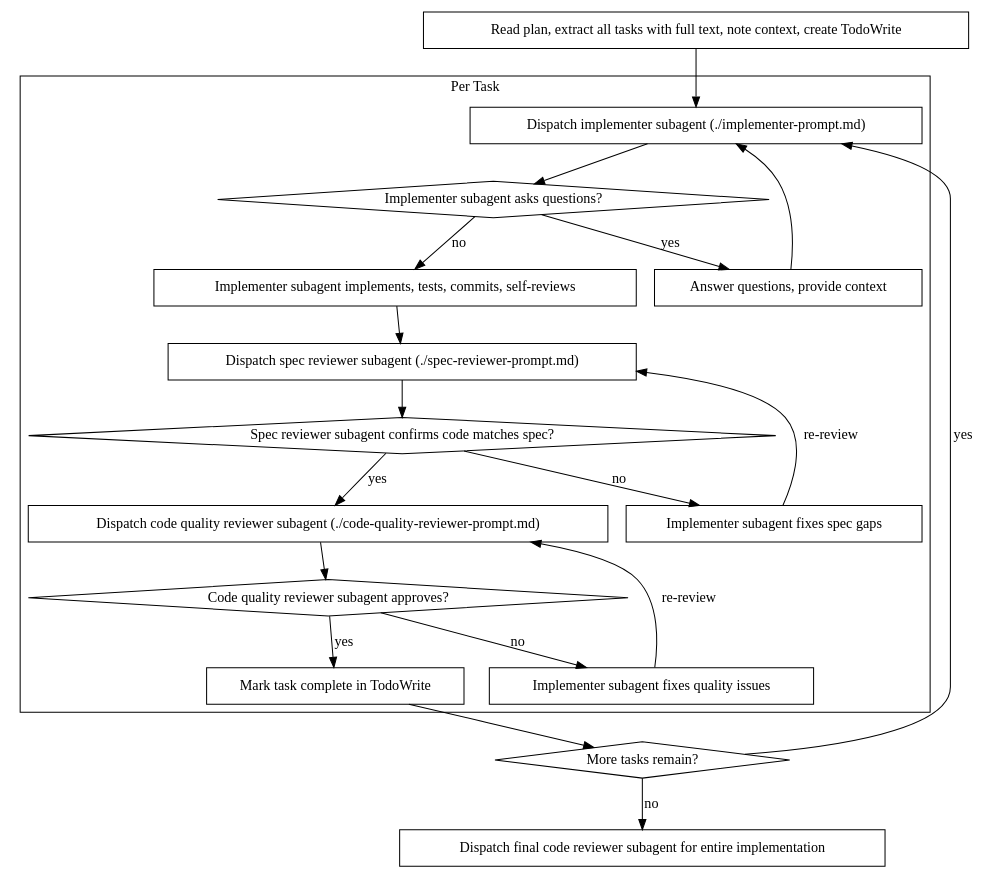
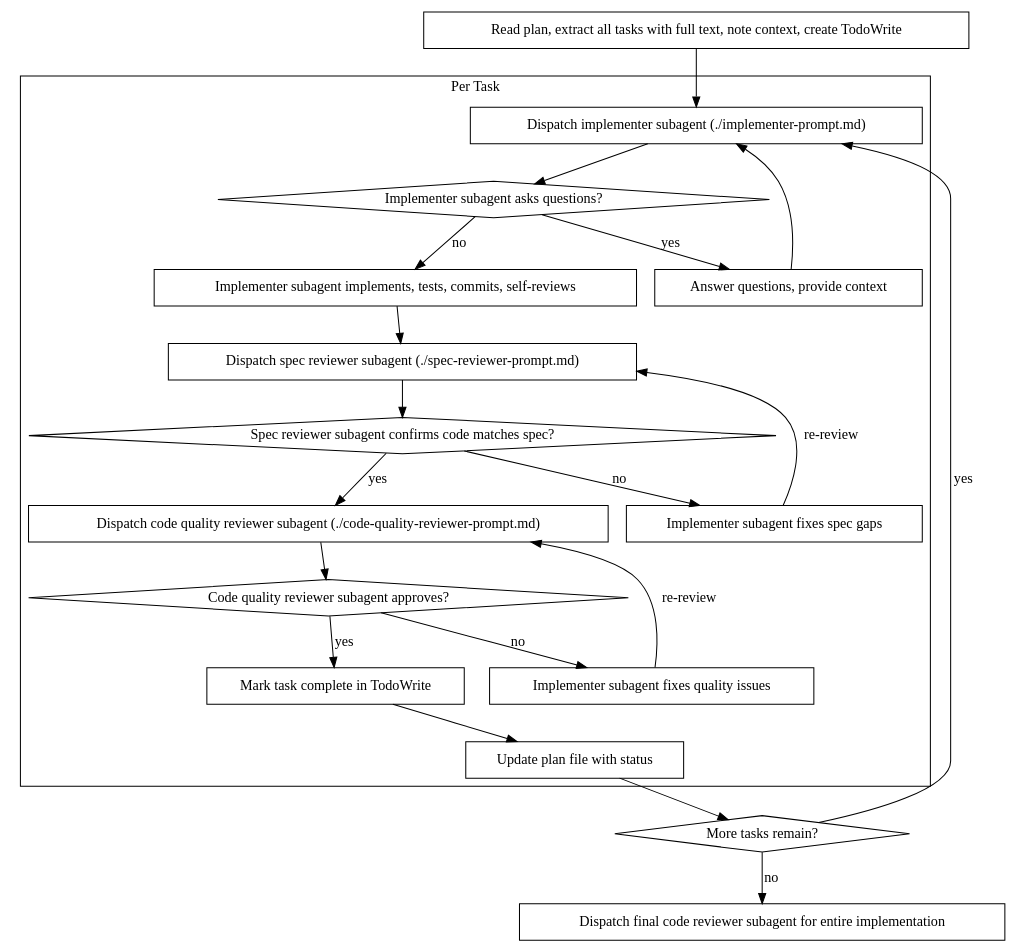
Before and after one commit to nagyv/superpowers: the second of 2 diagrams in skills/subagent-driven-development/SKILL.md, drawn with Graphviz.

Commit message:
Add "Update plan document with status" step

````diff
--- a/skills/subagent-driven-development/SKILL.md
+++ b/skills/subagent-driven-development/SKILL.md
@@ -40,42 +40,44 @@
 ```dot
 digraph process {
     rankdir=TB;
 
     subgraph cluster_per_task {
         label="Per Task";
         "Dispatch implementer subagent (./implementer-prompt.md)" [shape=box];
         "Implementer subagent asks questions?" [shape=diamond];
         "Answer questions, provide context" [shape=box];
         "Implementer subagent implements, tests, commits, self-reviews" [shape=box];
         "Dispatch spec reviewer subagent (./spec-reviewer-prompt.md)" [shape=box];
         "Spec reviewer subagent confirms code matches spec?" [shape=diamond];
         "Implementer subagent fixes spec gaps" [shape=box];
         "Dispatch code quality reviewer subagent (./code-quality-reviewer-prompt.md)" [shape=box];
         "Code quality reviewer subagent approves?" [shape=diamond];
         "Implementer subagent fixes quality issues" [shape=box];
         "Mark task complete in TodoWrite" [shape=box];
+        "Update plan file with status" [shape=box];
     }
 
     "Read plan, extract all tasks with full text, note context, create TodoWrite" [shape=box];
     "More tasks remain?" [shape=diamond];
     "Dispatch final code reviewer subagent for entire implementation" [shape=box];
 
     "Read plan, extract all tasks with full text, note context, create TodoWrite" -> "Dispatch implementer subagent (./implementer-prompt.md)";
     "Dispatch implementer subagent (./implementer-prompt.md)" -> "Implementer subagent asks questions?";
     "Implementer subagent asks questions?" -> "Answer questions, provide context" [label="yes"];
     "Answer questions, provide context" -> "Dispatch implementer subagent (./implementer-prompt.md)";
     "Implementer subagent asks questions?" -> "Implementer subagent implements, tests, commits, self-reviews" [label="no"];
     "Implementer subagent implements, tests, commits, self-reviews" -> "Dispatch spec reviewer subagent (./spec-reviewer-prompt.md)";
     "Dispatch spec reviewer subagent (./spec-reviewer-prompt.md)" -> "Spec reviewer subagent confirms code matches spec?";
     "Spec reviewer subagent confirms code matches spec?" -> "Implementer subagent fixes spec gaps" [label="no"];
     "Implementer subagent fixes spec gaps" -> "Dispatch spec reviewer subagent (./spec-reviewer-prompt.md)" [label="re-review"];
     "Spec reviewer subagent confirms code matches spec?" -> "Dispatch code quality reviewer subagent (./code-quality-reviewer-prompt.md)" [label="yes"];
     "Dispatch code quality reviewer subagent (./code-quality-reviewer-prompt.md)" -> "Code quality reviewer subagent approves?";
     "Code quality reviewer subagent approves?" -> "Implementer subagent fixes quality issues" [label="no"];
     "Implementer subagent fixes quality issues" -> "Dispatch code quality reviewer subagent (./code-quality-reviewer-prompt.md)" [label="re-review"];
     "Code quality reviewer subagent approves?" -> "Mark task complete in TodoWrite" [label="yes"];
-    "Mark task complete in TodoWrite" -> "More tasks remain?";
+    "Mark task complete in TodoWrite" -> "Update plan file with status";
+    "Update plan file with status" -> "More tasks remain?";
     "More tasks remain?" -> "Dispatch implementer subagent (./implementer-prompt.md)" [label="yes"];
     "More tasks remain?" -> "Dispatch final code reviewer subagent for entire implementation" [label="no"];
 }
 ```
````
